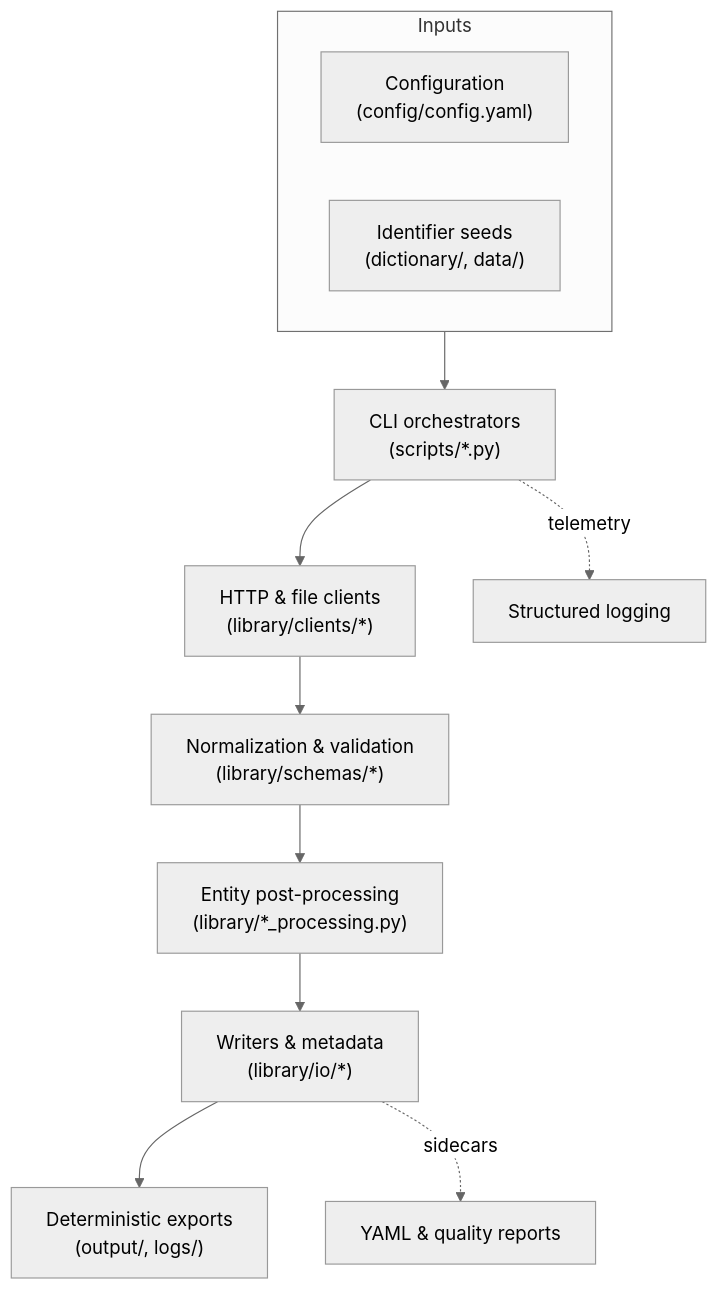
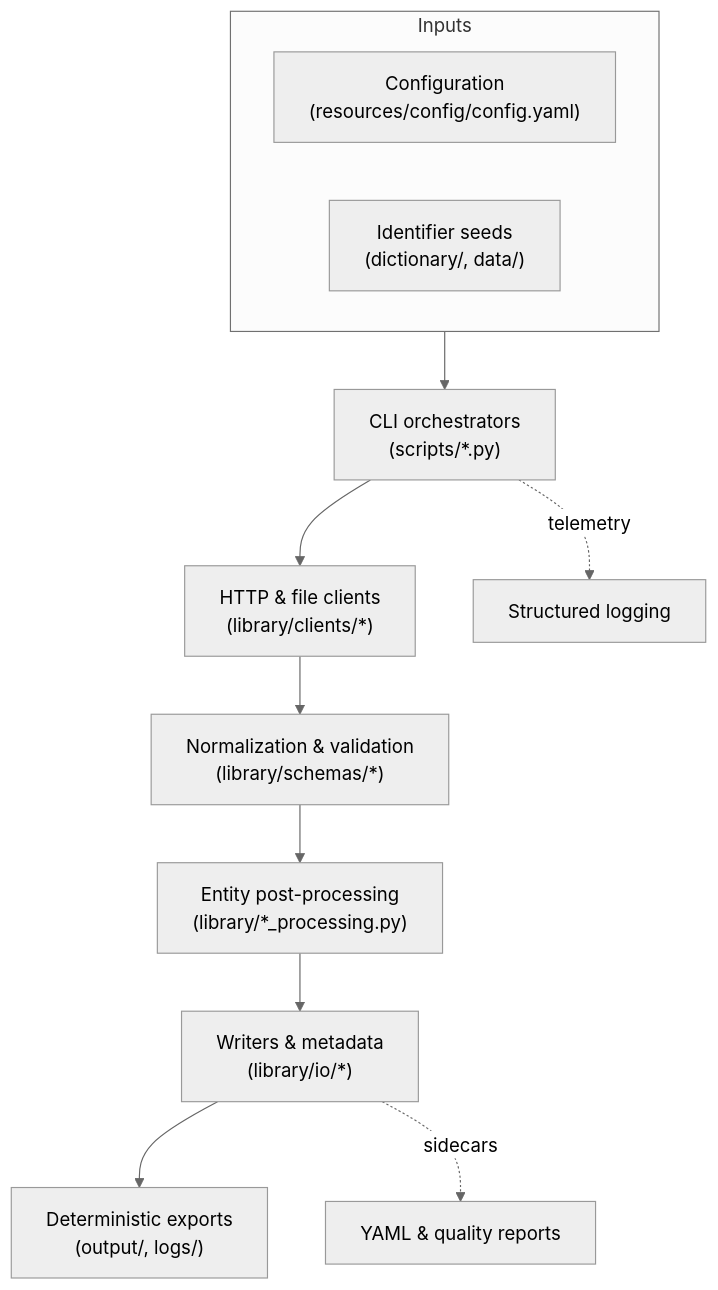
The first of 2 diagrams in docs/architecture/index.md (SatoryKono/ChEMBL_data_acquisition), drawn with Mermaid (neutral theme) before and after one commit. The commit also changed other lines of this file and 3603 other files, not shown here.

````diff
--- a/docs/architecture/index.md
+++ b/docs/architecture/index.md
@@ -7,23 +7,23 @@
 ```mermaid
 flowchart TD
   subgraph Inputs
-    Config["Configuration\n(config/config.yaml)"]
+    Config["Configuration\n(resources/config/config.yaml)"]
     IdSeeds["Identifier seeds\n(dictionary/, data/)"]
   end
   Orchestrators["CLI orchestrators\n(scripts/*.py)"]
   Clients["HTTP & file clients\n(library/clients/*)"]
   Normalizers["Normalization & validation\n(library/schemas/*)"]
   PostProcessors["Entity post-processing\n(library/*_processing.py)"]
   Exporters["Writers & metadata\n(library/io/*)"]
   Artefacts["Deterministic exports\n(output/, logs/)"]
 
   Inputs --> Orchestrators
   Orchestrators --> Clients
   Clients --> Normalizers
   Normalizers --> PostProcessors
   PostProcessors --> Exporters
   Exporters --> Artefacts
 
   Orchestrators -. telemetry .-> Logs["Structured logging"]
   Exporters -. sidecars .-> Metadata["YAML & quality reports"]
 ```
````
